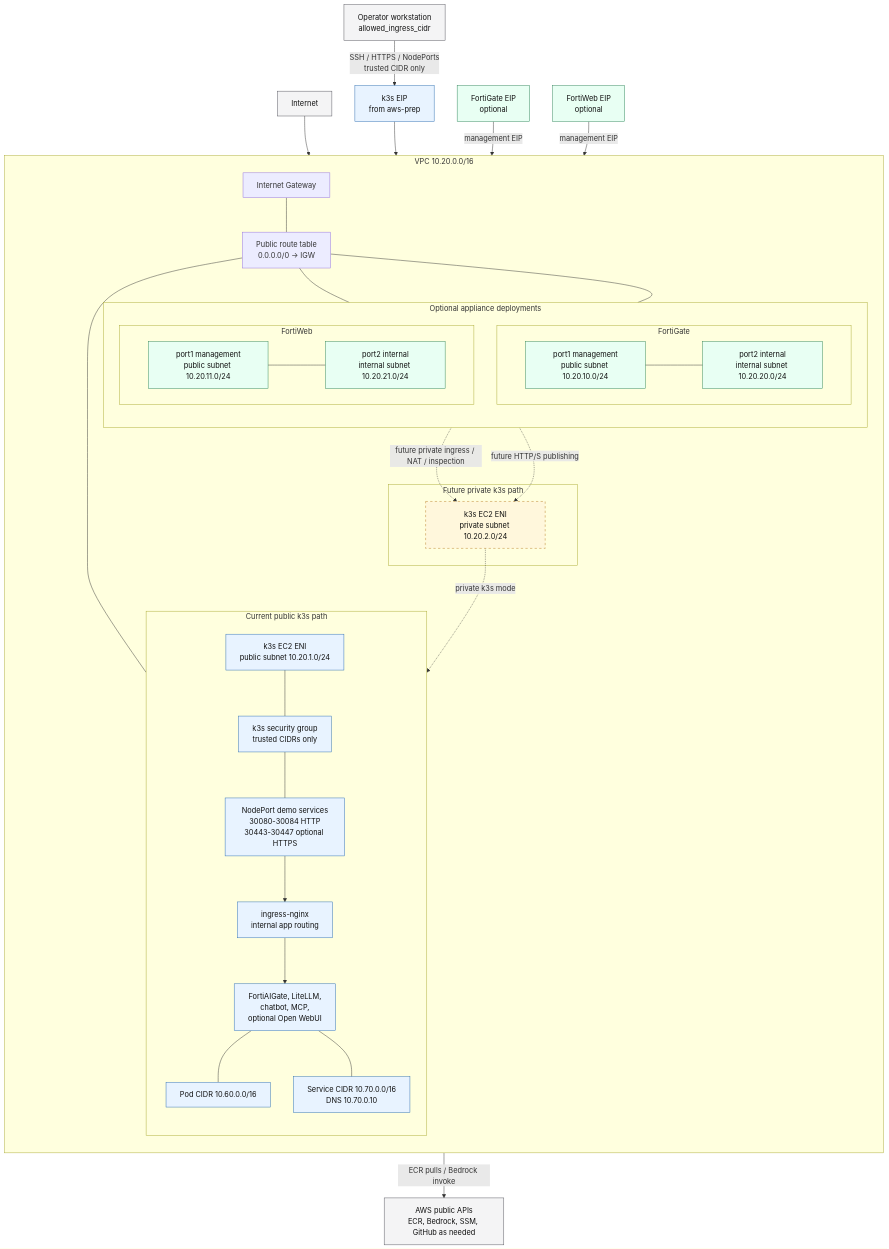
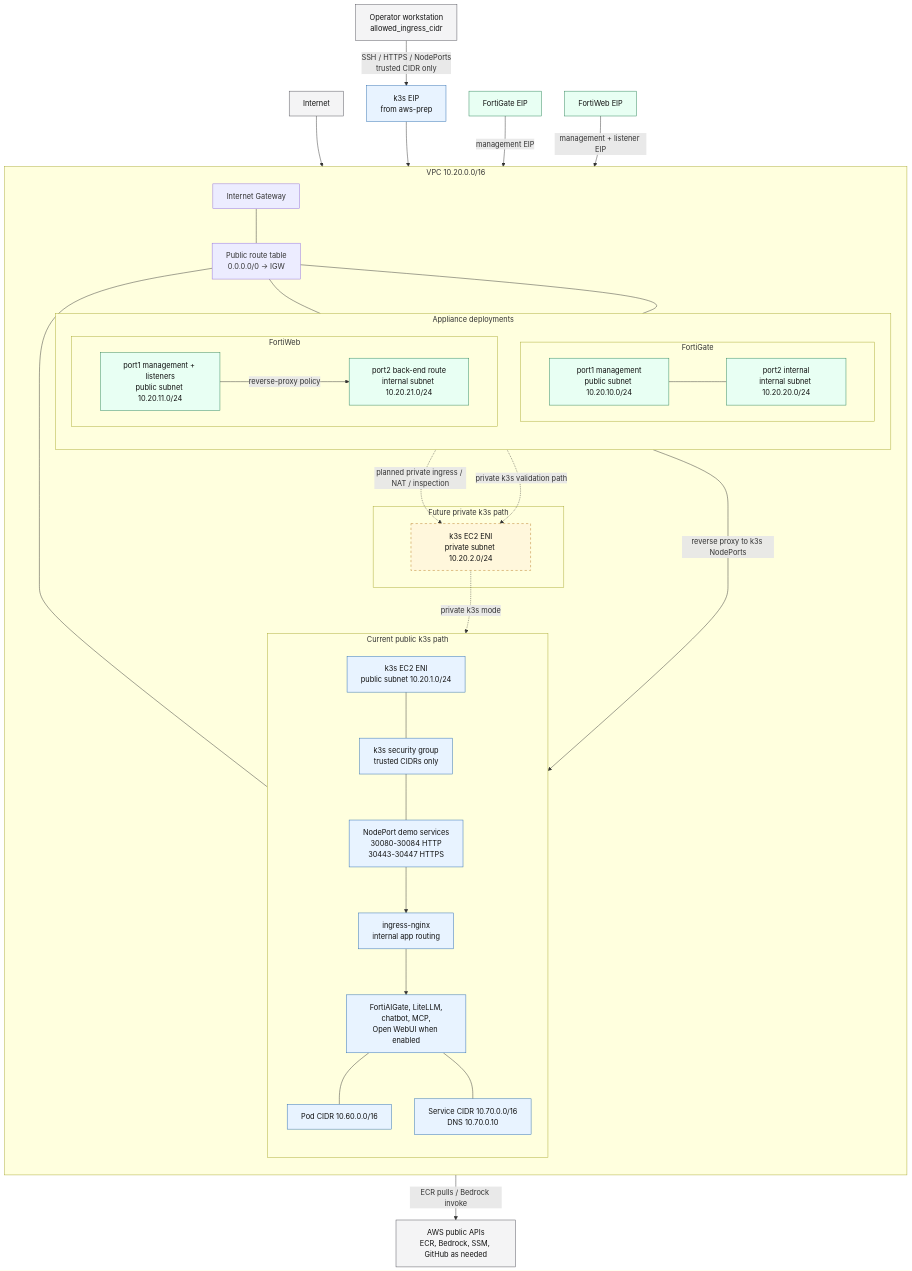
One commit to mabutterfield/fortiaigate_demo changed the first of 2 diagrams in docs/vpc-layout.md. Above: the diagram before and after it, drawn with Mermaid. The commit also changed other lines of this file and 106 other files, not shown here.

````diff
--- a/docs/vpc-layout.md
+++ b/docs/vpc-layout.md
@@ -22,79 +23,80 @@
 ```mermaid
 flowchart TB
     Operator["Operator workstation<br/>allowed_ingress_cidr"]
     Internet["Internet"]
     AWSAPI["AWS public APIs<br/>ECR, Bedrock, SSM, GitHub as needed"]
     K3SEIP["k3s EIP<br/>from aws-prep"]
-    FGEIP["FortiGate EIP<br/>optional"]
-    FWEIP["FortiWeb EIP<br/>optional"]
+    FGEIP["FortiGate EIP"]
+    FWEIP["FortiWeb EIP"]
 
     subgraph VPC["VPC 10.20.0.0/16"]
         direction TB
         IGW["Internet Gateway"]
         PublicRT["Public route table<br/>0.0.0.0/0 -> IGW"]
 
         subgraph CurrentK3S["Current public k3s path"]
             direction TB
             K3SPubENI["k3s EC2 ENI<br/>public subnet 10.20.1.0/24"]
             SG["k3s security group<br/>trusted CIDRs only"]
-            NodePorts["NodePort demo services<br/>30080-30084 HTTP<br/>30443-30447 optional HTTPS"]
+            NodePorts["NodePort demo services<br/>30080-30084 HTTP<br/>30443-30447 HTTPS"]
             Ingress["ingress-nginx<br/>internal app routing"]
-            Apps["FortiAIGate, LiteLLM,<br/>chatbot, MCP,<br/>optional Open WebUI"]
+            Apps["FortiAIGate, LiteLLM,<br/>chatbot, MCP,<br/>Open WebUI when enabled"]
             Pods["Pod CIDR 10.60.0.0/16"]
             Services["Service CIDR 10.70.0.0/16<br/>DNS 10.70.0.10"]
         end
 
-        subgraph OptionalAppliances["Optional appliance deployments"]
+        subgraph AppliancesRuntime["Appliance deployments"]
             direction TB
             subgraph FortiGate["FortiGate"]
                 direction LR
                 FortiGatePub["port1 management<br/>public subnet 10.20.10.0/24"]
                 FortiGateInt["port2 internal<br/>internal subnet 10.20.20.0/24"]
             end
             subgraph FortiWeb["FortiWeb"]
                 direction LR
-                FortiWebPub["port1 management<br/>public subnet 10.20.11.0/24"]
-                FortiWebInt["port2 internal<br/>internal subnet 10.20.21.0/24"]
+                FortiWebPub["port1 management + listeners<br/>public subnet 10.20.11.0/24"]
+                FortiWebInt["port2 back-end route<br/>internal subnet 10.20.21.0/24"]
             end
         end
 
         subgraph FuturePrivate["Future private k3s path"]
             K3SPrivENI["k3s EC2 ENI<br/>private subnet 10.20.2.0/24"]
         end
     end
 
     Operator -->|"SSH / HTTPS / NodePorts<br/>trusted CIDR only"| K3SEIP
     Internet --> IGW
     IGW --- PublicRT
 
     K3SEIP --> K3SPubENI
     PublicRT --- K3SPubENI
     K3SPubENI --- SG
     SG --- NodePorts
     NodePorts --> Ingress
     Ingress --> Apps
     Apps --- Pods
     Apps --- Services
 
     K3SPubENI -->|"ECR pulls / Bedrock invoke"| AWSAPI
 
     FGEIP -->|"management EIP"| FortiGatePub
-    FWEIP -->|"management EIP"| FortiWebPub
+    FWEIP -->|"management + listener EIP"| FortiWebPub
     PublicRT --- FortiGatePub
     PublicRT --- FortiWebPub
     FortiGatePub --- FortiGateInt
-    FortiWebPub --- FortiWebInt
-    FortiGateInt -.->|"future private ingress / NAT / inspection"| K3SPrivENI
-    FortiWebInt -.->|"future HTTP/S publishing"| K3SPrivENI
+    FortiWebPub -->|"reverse-proxy policy"| FortiWebInt
+    FortiGateInt -.->|"planned private ingress / NAT / inspection"| K3SPrivENI
+    FortiWebInt -->|"reverse proxy to k3s NodePorts"| K3SPubENI
+    FortiWebInt -.->|"private k3s validation path"| K3SPrivENI
     K3SPrivENI -.->|"private k3s mode"| SG
 
     classDef current fill:#e8f3ff,stroke:#2b6cb0,color:#111;
     classDef appliance fill:#e8fff3,stroke:#2f855a,color:#111;
     classDef future fill:#fff7dc,stroke:#b7791f,color:#111,stroke-dasharray: 5 5;
     classDef external fill:#f4f4f5,stroke:#52525b,color:#111;
 
     class K3SEIP,K3SPubENI,SG,NodePorts,Ingress,Apps,Pods,Services current;
     class FGEIP,FWEIP,FortiGatePub,FortiGateInt,FortiWebPub,FortiWebInt appliance;
     class K3SPrivENI future;
     class Operator,Internet,AWSAPI external;
 ```
````
